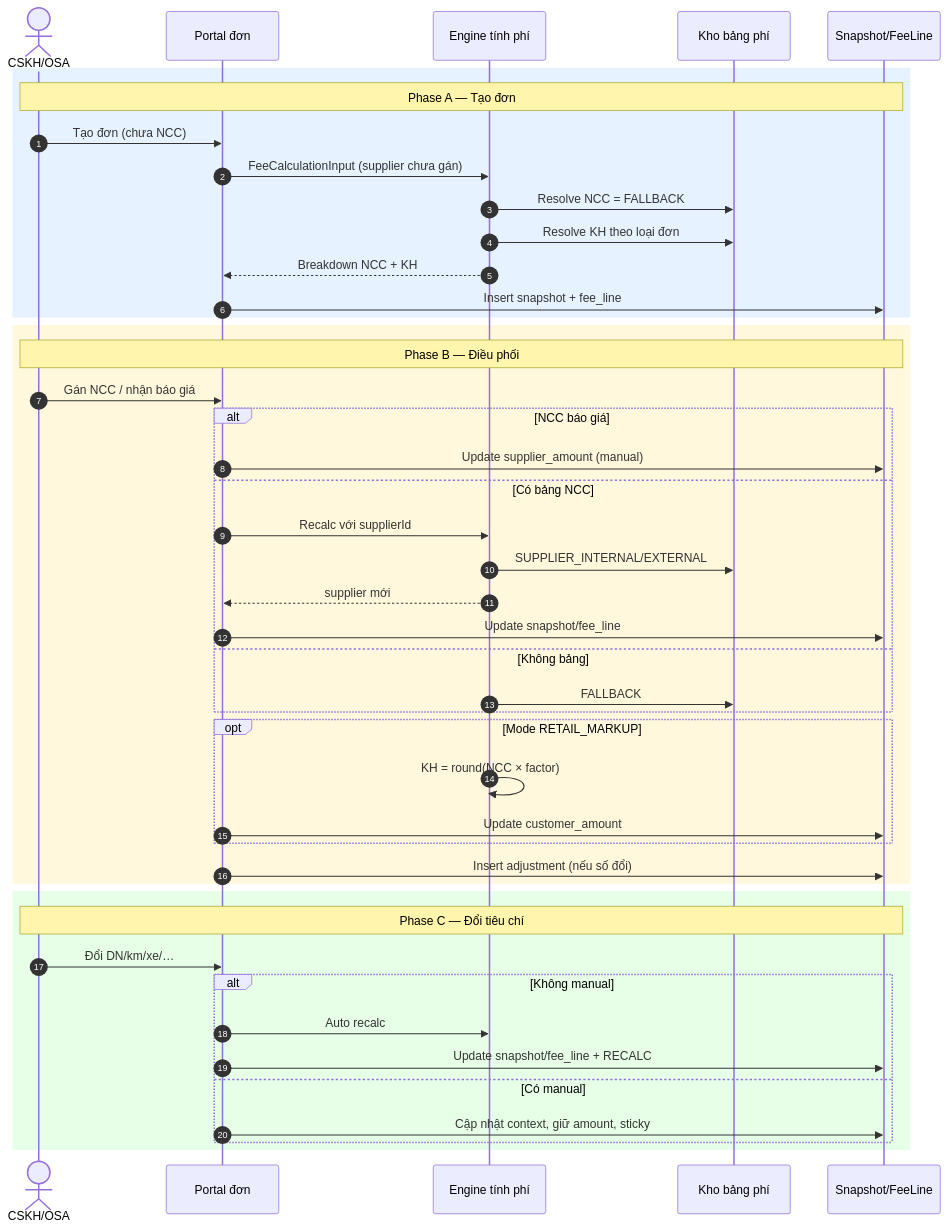
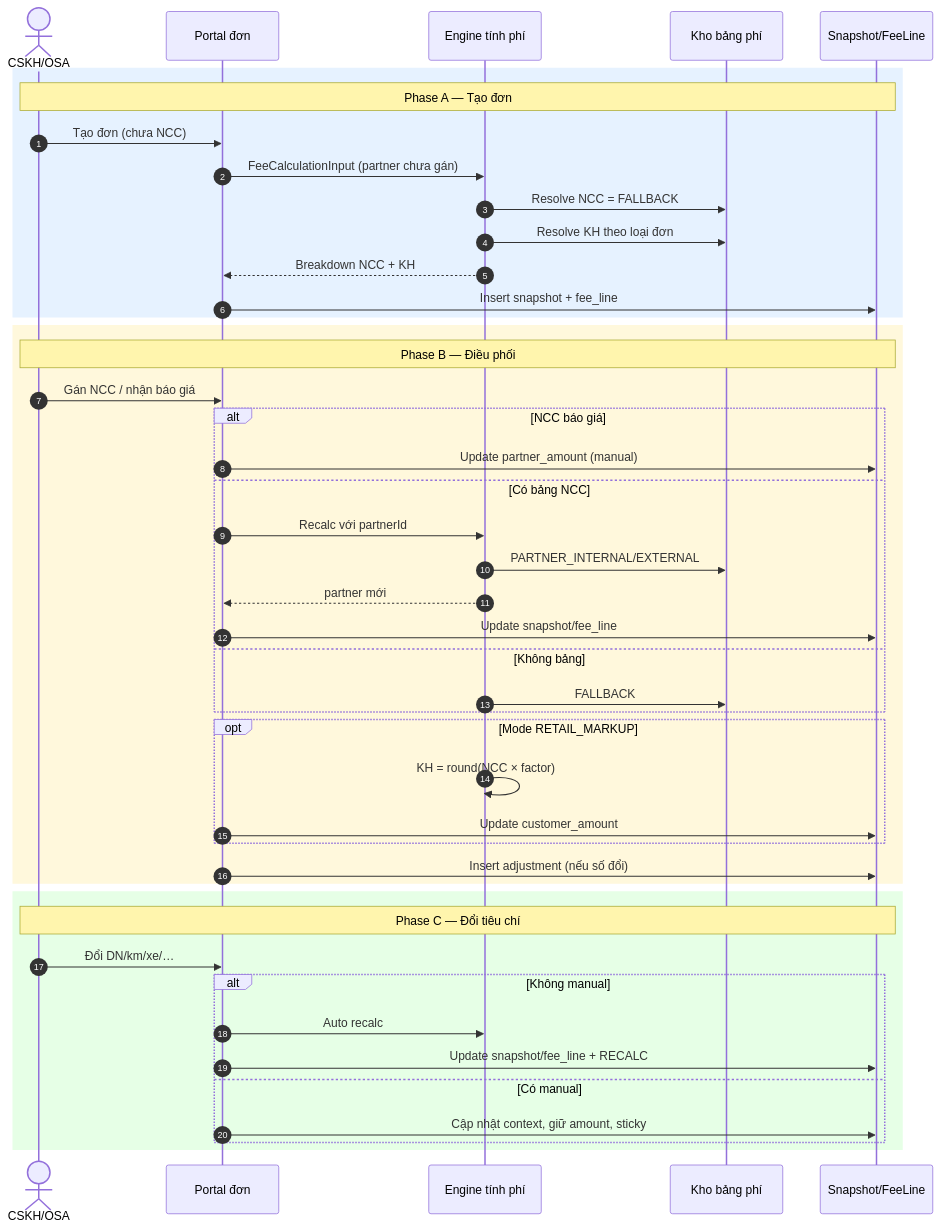
The second of 2 diagrams in docs/BRD-Luong-tinh-phi-tren-don.md (ducld-vetc/rsa-design), drawn with Mermaid before and after one commit. The commit also changed other lines of this file and 22 other files, not shown here.

Commit message:
refactor: update fee table schema to support partner management, replace supplier references with partner terminology, and enhance validation logic for fee table imports and price tables

````diff
--- a/docs/BRD-Luong-tinh-phi-tren-don.md
+++ b/docs/BRD-Luong-tinh-phi-tren-don.md
@@ -280,50 +280,50 @@
 ```mermaid
 sequenceDiagram
     autonumber
     actor User as CSKH/OSA
     participant UI as Portal đơn
     participant Eng as Engine tính phí
     participant Fee as Kho bảng phí
     participant DB as Snapshot/FeeLine
 
     rect rgb(230,242,255)
     Note over User,DB: Phase A — Tạo đơn
     User->>UI: Tạo đơn (chưa NCC)
-    UI->>Eng: FeeCalculationInput (supplier chưa gán)
+    UI->>Eng: FeeCalculationInput (partner chưa gán)
     Eng->>Fee: Resolve NCC = FALLBACK
     Eng->>Fee: Resolve KH theo loại đơn
     Eng-->>UI: Breakdown NCC + KH
     UI->>DB: Insert snapshot + fee_line
     end
 
     rect rgb(255,248,220)
     Note over User,DB: Phase B — Điều phối
     User->>UI: Gán NCC / nhận báo giá
     alt NCC báo giá
-      UI->>DB: Update supplier_amount (manual)
+      UI->>DB: Update partner_amount (manual)
     else Có bảng NCC
-      UI->>Eng: Recalc với supplierId
-      Eng->>Fee: SUPPLIER_INTERNAL/EXTERNAL
-      Eng-->>UI: supplier mới
+      UI->>Eng: Recalc với partnerId
+      Eng->>Fee: PARTNER_INTERNAL/EXTERNAL
+      Eng-->>UI: partner mới
       UI->>DB: Update snapshot/fee_line
     else Không bảng
       Eng->>Fee: FALLBACK
     end
     opt Mode RETAIL_MARKUP
       Eng->>Eng: KH = round(NCC × factor)
       UI->>DB: Update customer_amount
     end
     UI->>DB: Insert adjustment (nếu số đổi)
     end
 
     rect rgb(230,255,230)
     Note over User,DB: Phase C — Đổi tiêu chí
     User->>UI: Đổi DN/km/xe/…
     alt Không manual
       UI->>Eng: Auto recalc
       UI->>DB: Update snapshot/fee_line + RECALC
     else Có manual
       UI->>DB: Cập nhật context, giữ amount, sticky
     end
     end
 ```
````
